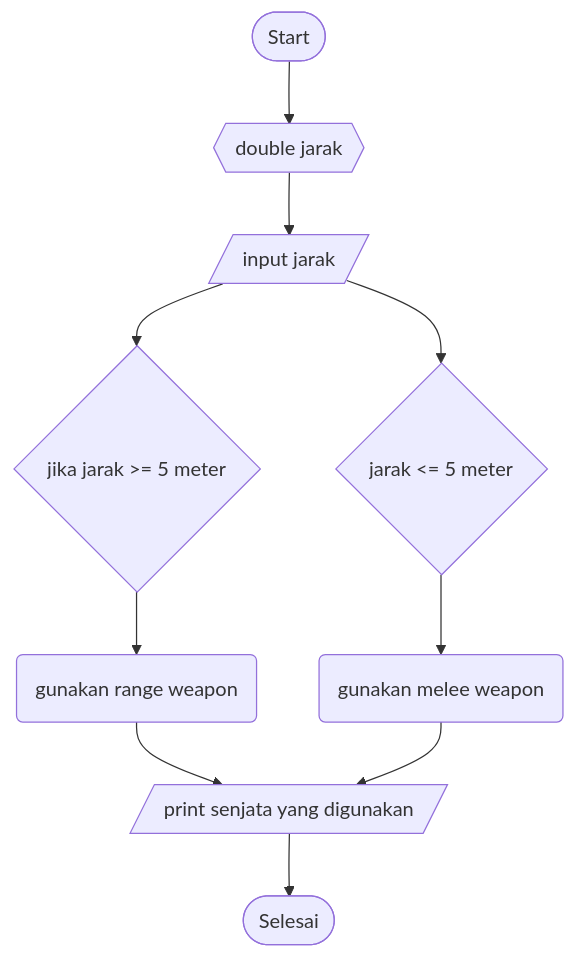
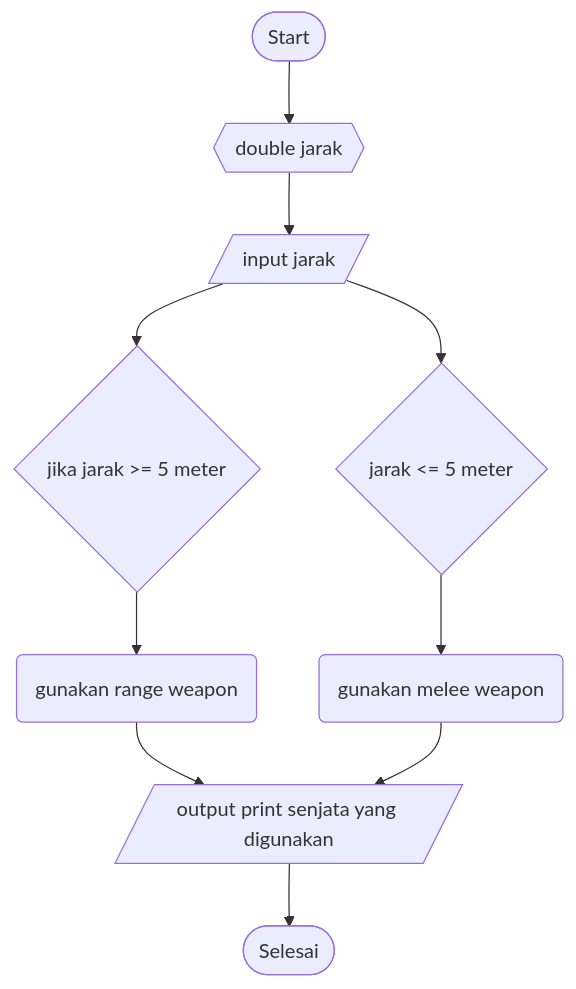
Before and after one commit to SATRIODIANNUGROHO/Sample2.1: the diagram in JustForFun.md, drawn with Mermaid.

````diff
--- a/JustForFun.md
+++ b/JustForFun.md
@@ -3,13 +3,13 @@
 ```mermaid
 graph TD;
     1([Start])-->2{{double jarak}};
     2{{double jarak}}-->3[/input jarak/];
     3[/input jarak/]-->4{jika jarak >= 5 meter};
     3[/input jarak/]-->6{jarak <= 5 meter};
     4{jika jarak >= 5 meter}-->7(gunakan range weapon);
     6{jarak <= 5 meter}-->8(gunakan melee weapon);
     7(gunakan range weapon)-->9[/output print senjata yang digunakan/];
     8(gunakan melee weapon)-->9[/output print senjata yang digunakan/];
-    9[/print senjata yang digunakan/]-->10([Selesai]);
+    9[/output print senjata yang digunakan/]-->10([Selesai]);
 
 ```
````
